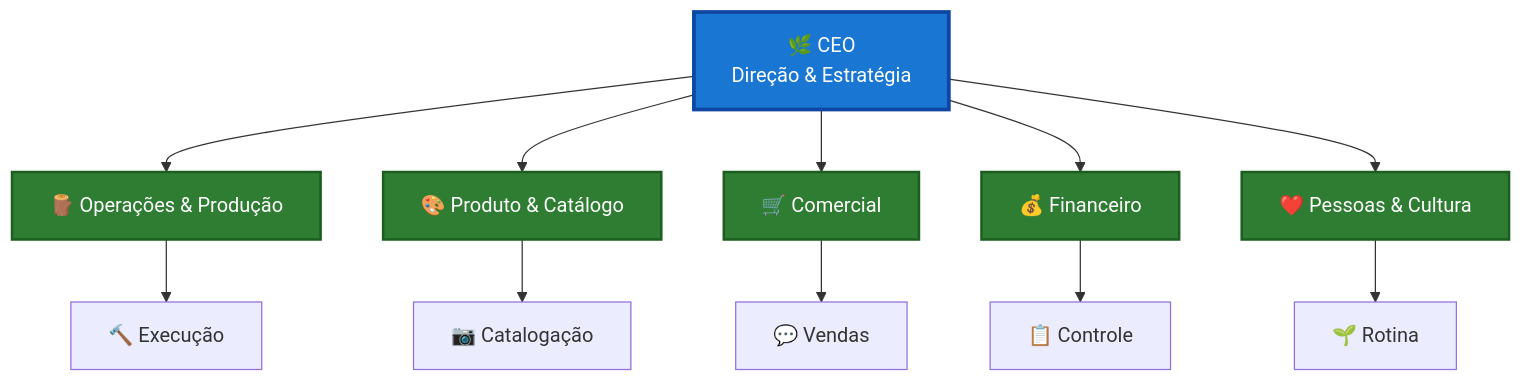
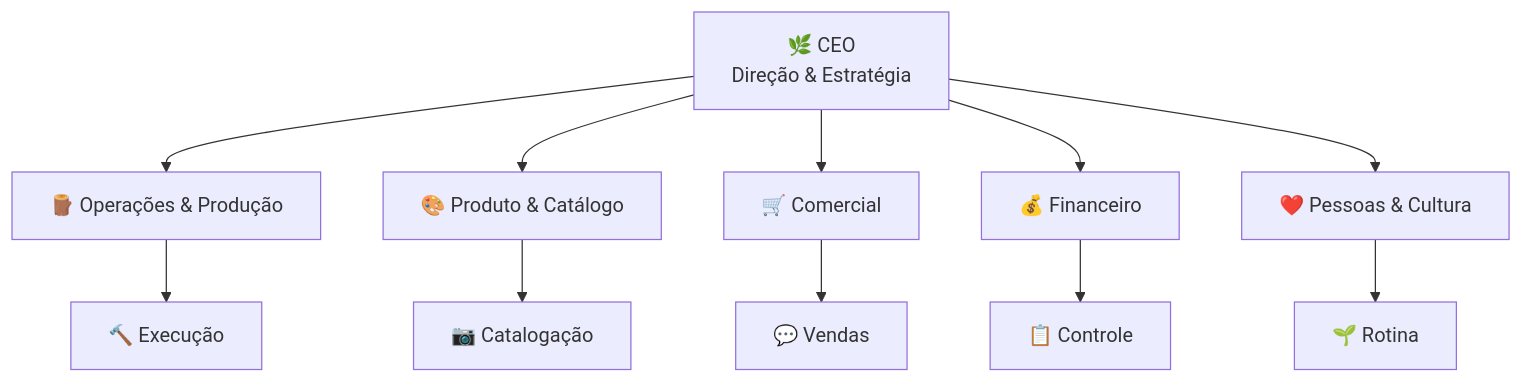
Before and after one commit to skatesham/handbook-ser-empreendedor: the second of 4 diagrams in docs/painel.md, drawn with Mermaid. The commit also changed other lines of this file, not shown here.

Commit message:
feat better diagramas

````diff
--- a/docs/painel.md
+++ b/docs/painel.md
@@ -156,23 +149,16 @@
 ```mermaid
 graph TB
     CEO[🌿 CEO<br/>Direção & Estratégia]
     
     CEO --> PROD[🪵 Operações & Produção]
     CEO --> PRODUTO[🎨 Produto & Catálogo]
     CEO --> COM[🛒 Comercial]
     CEO --> FIN[💰 Financeiro]
     CEO --> PESS[❤️ Pessoas & Cultura]
     
     PROD --> EXEC[🔨 Execução]
     PRODUTO --> CAT[📷 Catalogação]
     COM --> VEND[💬 Vendas]
     FIN --> CONT[📋 Controle]
     PESS --> ROTI[🌱 Rotina]
-    
-    style CEO fill:#1976d2,stroke:#0d47a1,stroke-width:3px,color:#fff
-    style PROD fill:#2e7d32,stroke:#1b5e20,stroke-width:2px,color:#fff
-    style PRODUTO fill:#2e7d32,stroke:#1b5e20,stroke-width:2px,color:#fff
-    style COM fill:#2e7d32,stroke:#1b5e20,stroke-width:2px,color:#fff
-    style FIN fill:#2e7d32,stroke:#1b5e20,stroke-width:2px,color:#fff
-    style PESS fill:#2e7d32,stroke:#1b5e20,stroke-width:2px,color:#fff
 ```
````
